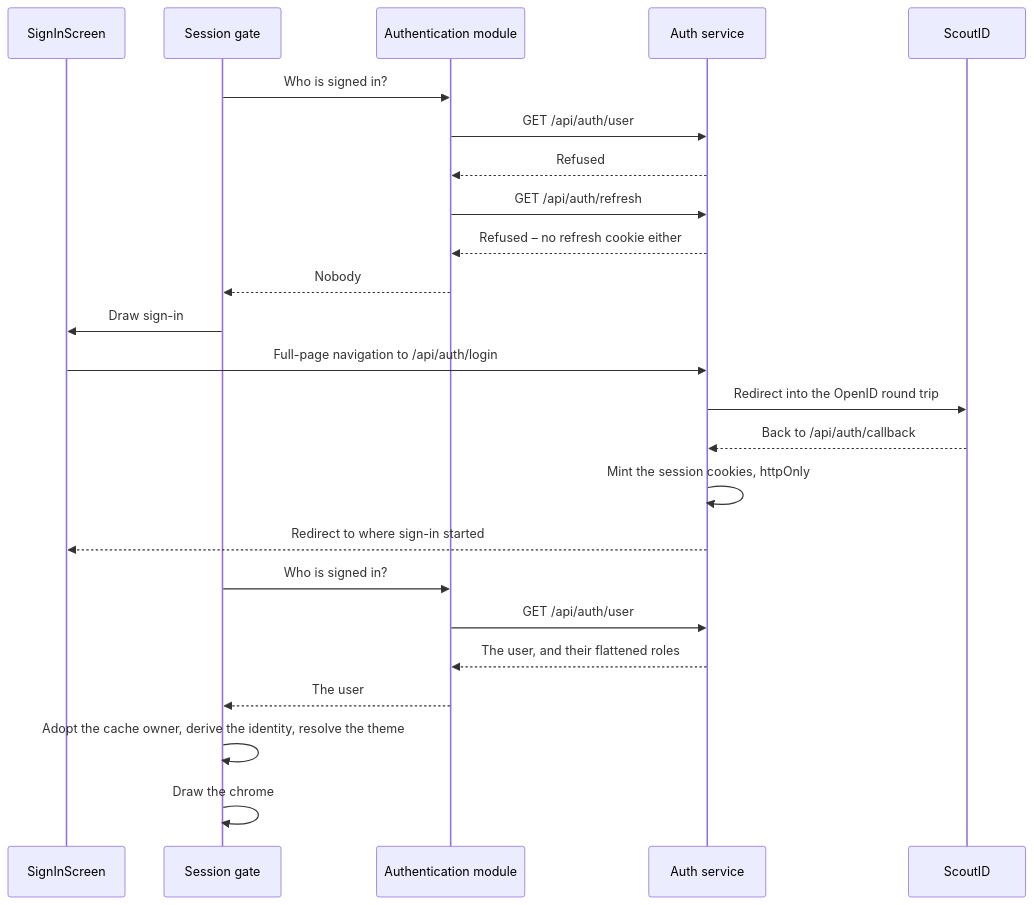
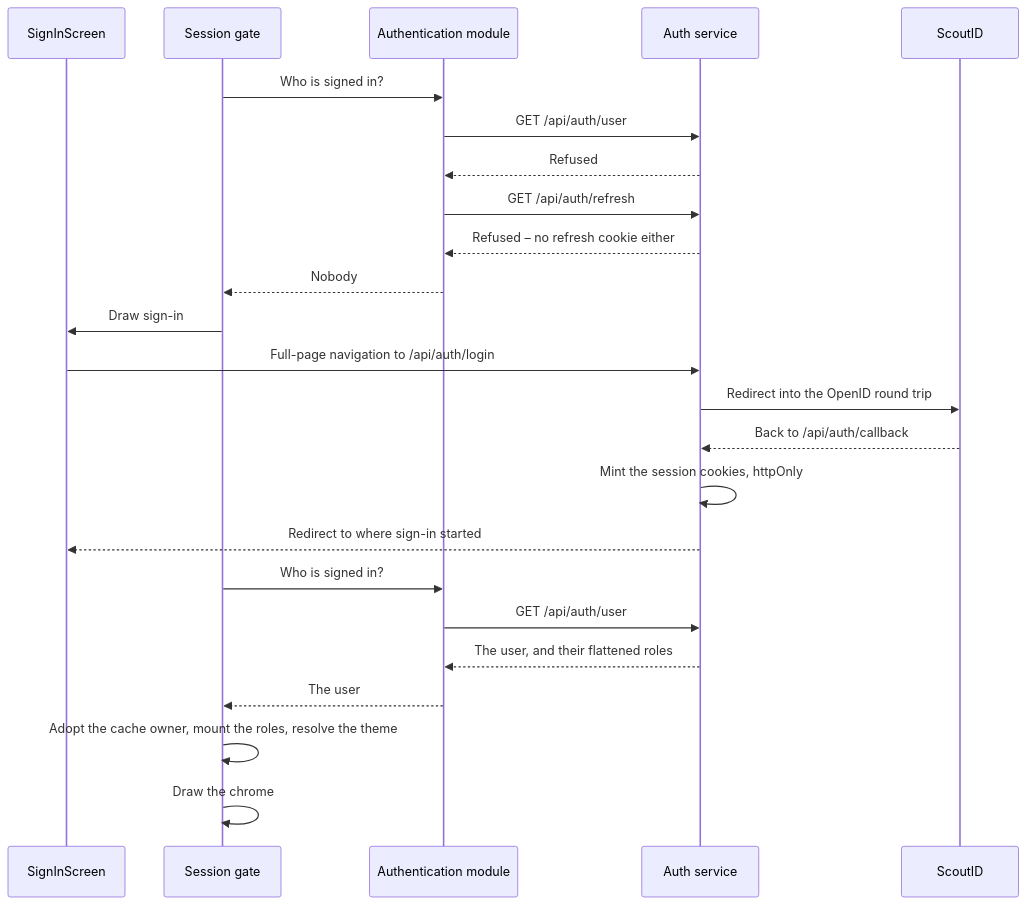
One commit to Scouterna/wsj27-campfire changed the diagram in docs/guidebook/architecture/example-flows/sign-in.md. Above: the diagram before and after it, drawn with Mermaid. The commit also changed other lines of this file and 23 other files, not shown here.

````diff
--- a/docs/guidebook/architecture/example-flows/sign-in.md
+++ b/docs/guidebook/architecture/example-flows/sign-in.md
@@ -11,29 +11,29 @@
 ```mermaid
 sequenceDiagram
   participant Screen as SignInScreen
   participant Gate as Session gate
   participant Auth as Authentication module
   participant Service as Auth service
   participant ScoutID
 
   Gate->>Auth: Who is signed in?
   Auth->>Service: GET /api/auth/user
   Service-->>Auth: Refused
   Auth->>Service: GET /api/auth/refresh
   Service-->>Auth: Refused – no refresh cookie either
   Auth-->>Gate: Nobody
   Gate->>Screen: Draw sign-in
 
   Screen->>Service: Full-page navigation to /api/auth/login
   Service->>ScoutID: Redirect into the OpenID round trip
   ScoutID-->>Service: Back to /api/auth/callback
   Service->>Service: Mint the session cookies, httpOnly
   Service-->>Screen: Redirect to where sign-in started
 
   Gate->>Auth: Who is signed in?
   Auth->>Service: GET /api/auth/user
   Service-->>Auth: The user, and their flattened roles
   Auth-->>Gate: The user
-  Gate->>Gate: Adopt the cache owner, derive the identity, resolve the theme
+  Gate->>Gate: Adopt the cache owner, mount the roles, resolve the theme
   Gate->>Gate: Draw the chrome
 ```
````
